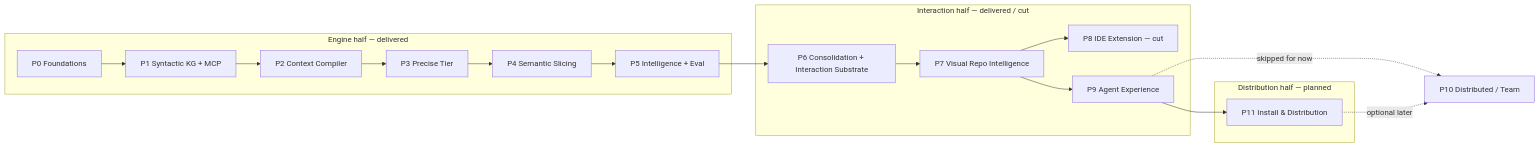
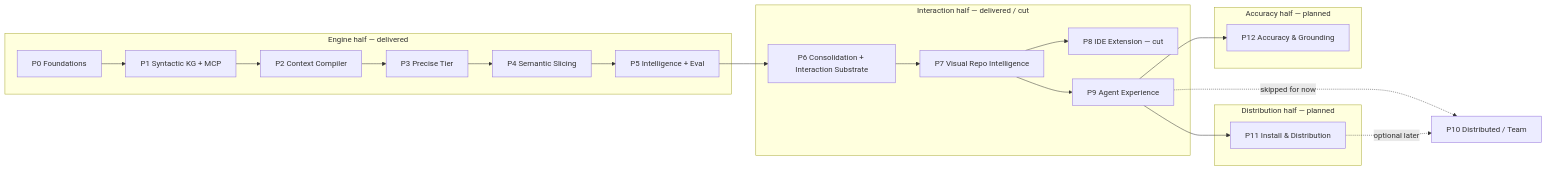
One commit to Md-Jazbee/prism changed the second of 16 diagrams in docs/planning/PLANNING-AND-IMPLEMENTATION.md. Above: the diagram before and after it, drawn with Mermaid. The commit also changed other lines of this file and 14 other files, not shown here.

````diff
--- a/docs/planning/PLANNING-AND-IMPLEMENTATION.md
+++ b/docs/planning/PLANNING-AND-IMPLEMENTATION.md
@@ -125,24 +128,28 @@
 ```mermaid
 flowchart LR
     subgraph Engine["Engine half — delivered"]
       P0[P0 Foundations] --> P1[P1 Syntactic KG + MCP]
       P1 --> P2[P2 Context Compiler]
       P2 --> P3[P3 Precise Tier]
       P3 --> P4[P4 Semantic Slicing]
       P4 --> P5[P5 Intelligence + Eval]
     end
     subgraph Interaction["Interaction half — delivered / cut"]
       P6[P6 Consolidation + Interaction Substrate]
       P7[P7 Visual Repo Intelligence]
       P8[P8 IDE Extension — cut]
       P9[P9 Agent Experience]
     end
     subgraph Distribution["Distribution half — planned"]
       P11[P11 Install & Distribution]
     end
+    subgraph Accuracy["Accuracy half — planned"]
+      P12[P12 Accuracy & Grounding]
+    end
     P5 --> P6 --> P7 --> P8
     P7 --> P9
     P9 --> P11
+    P9 --> P12
     P9 -.skipped for now.-> P10[P10 Distributed / Team]
     P11 -.optional later.-> P10
 ```
````
